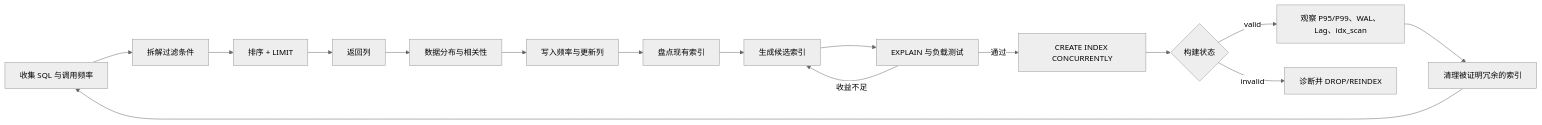
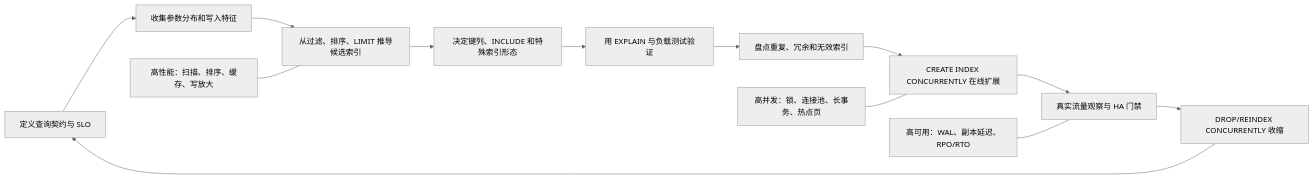
One commit to LienJack/learn-agent changed the diagram in src/content/blog/zh/tech/PostgreSQL/assets/05-postgresql/mermaid-01.mmd. Above: the diagram before and after it, drawn with Mermaid (neutral theme). The commit also changed 65 other files, not shown here.

```diff
--- a/src/content/blog/zh/tech/PostgreSQL/assets/05-postgresql/mermaid-01.mmd
+++ b/src/content/blog/zh/tech/PostgreSQL/assets/05-postgresql/mermaid-01.mmd
@@ -1,16 +1,14 @@
 flowchart LR
-    A[收集 SQL 与调用频率] --> B[拆解过滤条件]
-    B --> C[排序 + LIMIT]
-    C --> D[返回列]
-    D --> E[数据分布与相关性]
-    E --> F[写入频率与更新列]
-    F --> G[盘点现有索引]
-    G --> H[生成候选索引]
-    H --> I[EXPLAIN 与负载测试]
-    I -->|收益不足| H
-    I -->|通过| J[CREATE INDEX CONCURRENTLY]
-    J --> K{构建状态}
-    K -->|valid| L[观察 P95/P99、WAL、Lag、idx_scan]
-    K -->|invalid| M[诊断并 DROP/REINDEX]
-    L --> N[清理被证明冗余的索引]
-    N --> A
+    A[定义查询契约与 SLO] --> B[收集参数分布和写入特征]
+    B --> C[从过滤、排序、LIMIT 推导候选索引]
+    C --> D[决定键列、INCLUDE 和特殊索引形态]
+    D --> E[用 EXPLAIN 与负载测试验证]
+    E --> F[盘点重复、冗余和无效索引]
+    F --> G[CREATE INDEX CONCURRENTLY 在线扩展]
+    G --> H[真实流量观察与 HA 门禁]
+    H --> I[DROP/REINDEX CONCURRENTLY 收缩]
+    I --> A
+
+    P[高性能：扫描、排序、缓存、写放大] --- C
+    Q[高并发：锁、连接池、长事务、热点页] --- G
+    R[高可用：WAL、副本延迟、RPO/RTO] --- H
```
